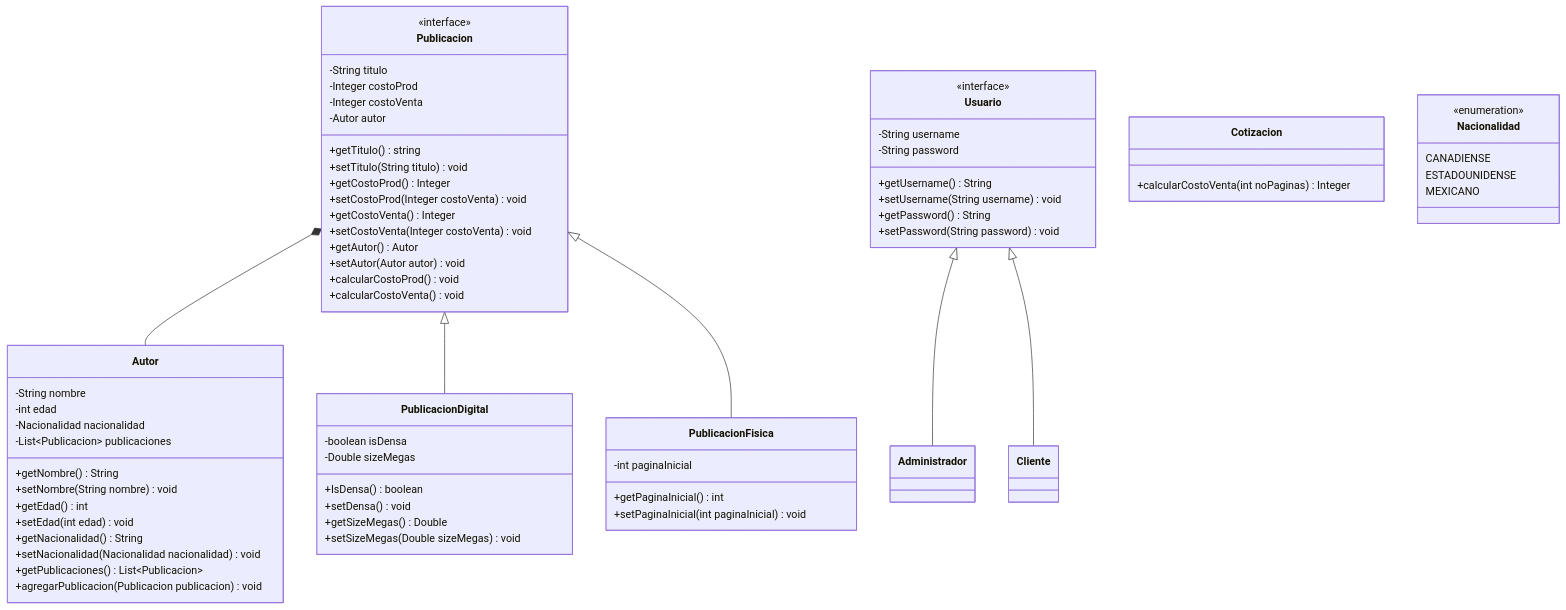
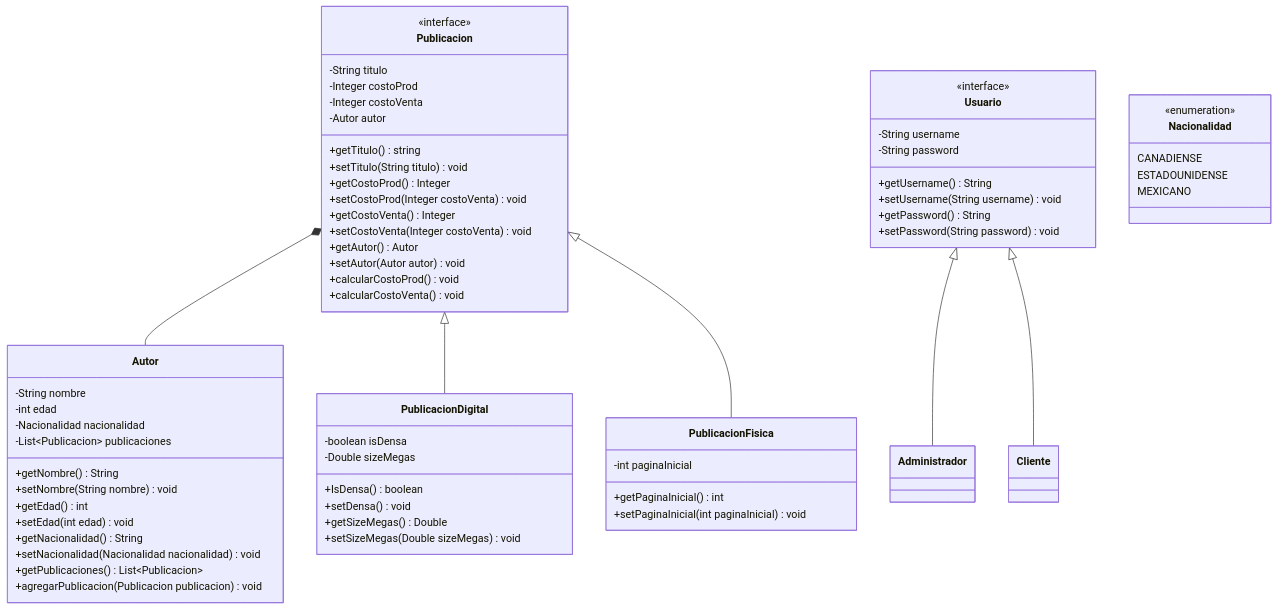
Before and after one commit to SilverFlin/U3_PruebasSoftware: the diagram in 02_Design/ClassDiagrams/dominio.md, drawn with Mermaid. The commit also changed 1 other file, not shown here.

Commit message:
docs: diagrama de clases utils

```diff
--- a/02_Design/ClassDiagrams/dominio.md
+++ b/02_Design/ClassDiagrams/dominio.md
@@ -70,12 +70,6 @@
         +setSizeMegas(Double sizeMegas) void
     }
 
-
-    class Cotizacion{
-        +calcularCostoVenta(int noPaginas) Integer
-    }
-    
-
     class Usuario{
         -String username
         -String password
```
